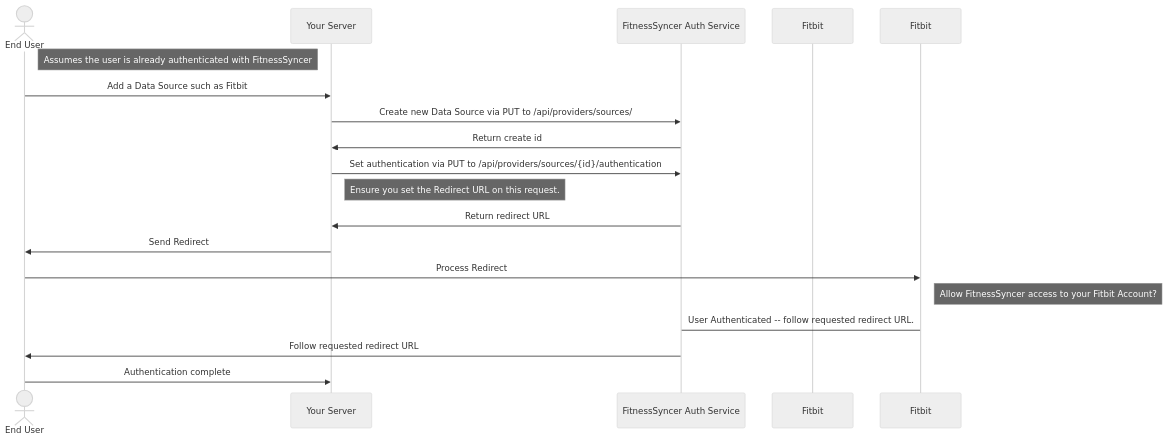
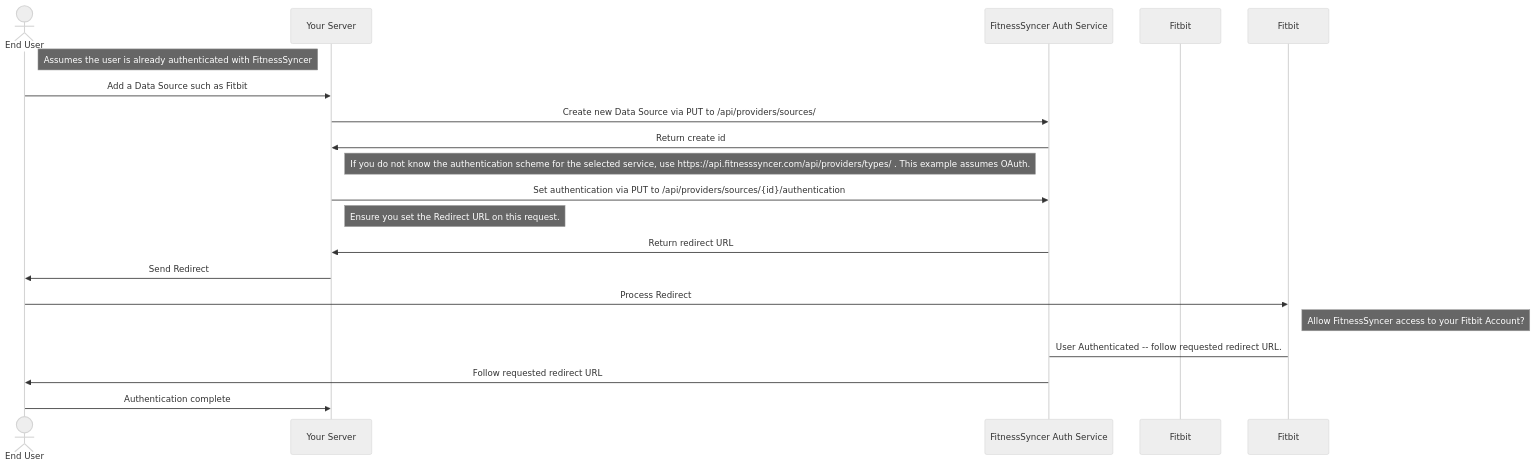
The second of 3 diagrams in README.md (FitnessSyncer/FitnessSyncerAPI), drawn with Mermaid (neutral theme) before and after one commit. The commit also changed other lines of this file, not shown here.

Commit message:
Adding documentation URL's to the associated API's in comments. Also adding additional information on existing flows.

````diff
--- a/README.md
+++ b/README.md
@@ -34,21 +42,24 @@
 ```mermaid
 sequenceDiagram
   actor EndUser as End User
   participant YourServer as Your Server
   participant FitnessSyncer as FitnessSyncer Auth Service
   participant FitBit as Fitbit
 
   note right of EndUser: Assumes the user is already authenticated with FitnessSyncer
   EndUser ->> YourServer: Add a Data Source such as Fitbit
+  %% https://www.fitnesssyncer.com/api/documentation.html#data_source_create
   YourServer ->> FitnessSyncer: Create new Data Source via PUT to /api/providers/sources/
   FitnessSyncer ->> YourServer: Return create id
+  %% https://www.fitnesssyncer.com/api/documentation.html#provider_list
+  note right of YourServer: If you do not know the authentication scheme for the selected service, use https://api.fitnesssyncer.com/api/providers/types/ . This example assumes OAuth.
   YourServer ->> FitnessSyncer: Set authentication via PUT to /api/providers/sources/{id}/authentication
   note right of YourServer: Ensure you set the Redirect URL on this request.
   FitnessSyncer ->> YourServer: Return redirect URL
   YourServer ->> EndUser: Send Redirect
   EndUser ->> Fitbit: Process Redirect
   note right of Fitbit: Allow FitnessSyncer access to your Fitbit Account?
   Fitbit -> FitnessSyncer: User Authenticated -- follow requested redirect URL.
   FitnessSyncer ->> EndUser: Follow requested redirect URL
   EndUser ->> YourServer: Authentication complete
 ```
````
